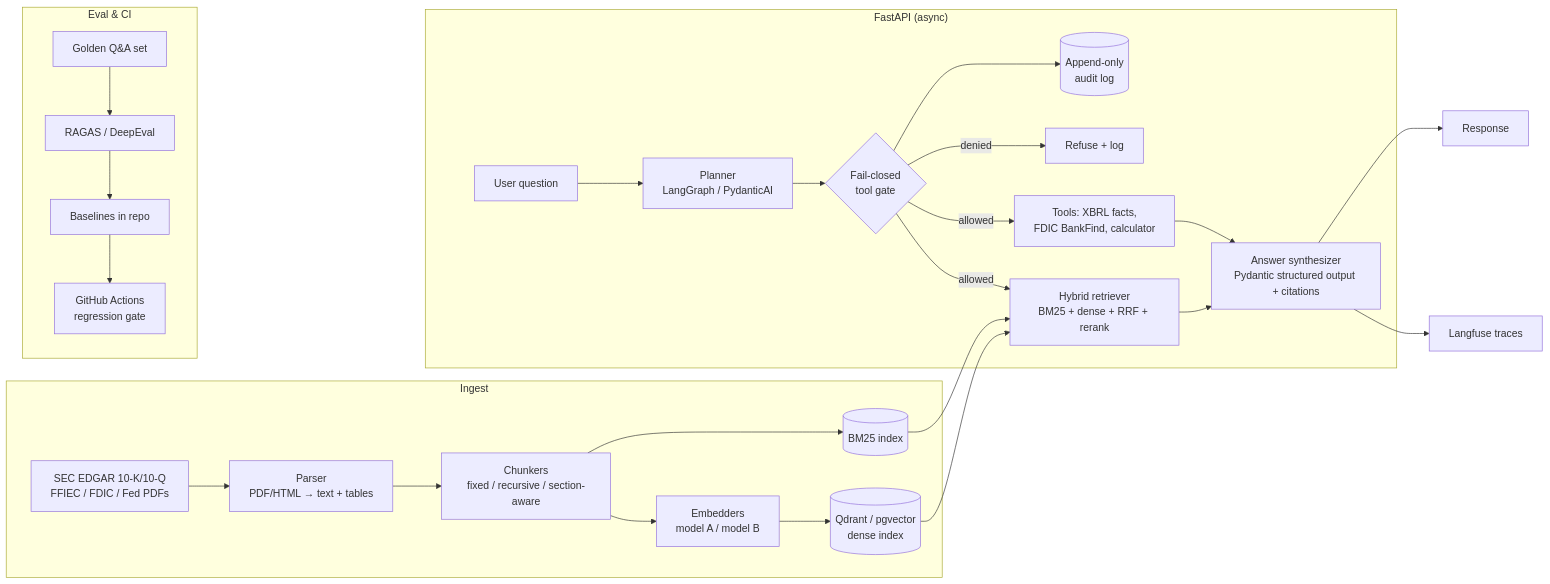
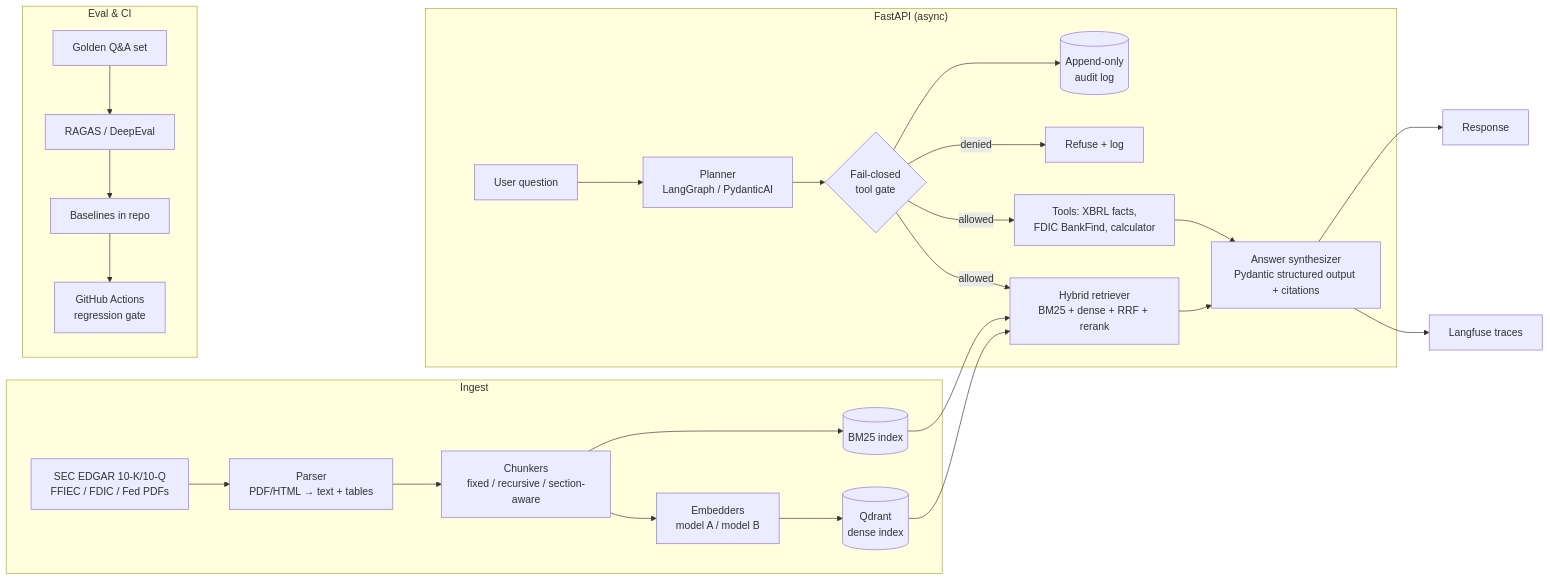
One commit to naveed949/capitalcite changed the diagram in README.md. Above: the diagram before and after it, drawn with Mermaid. The commit also changed other lines of this file and 26 other files, not shown here.

````diff
--- a/README.md
+++ b/README.md
@@ -16,32 +16,32 @@
 ```mermaid
 flowchart LR
     subgraph Ingest
         A[SEC EDGAR 10-K/10-Q<br/>FFIEC / FDIC / Fed PDFs] --> B[Parser<br/>PDF/HTML → text + tables]
         B --> C[Chunkers<br/>fixed / recursive / section-aware]
         C --> D[Embedders<br/>model A / model B]
-        D --> E[(Qdrant / pgvector<br/>dense index)]
+        D --> E[(Qdrant<br/>dense index)]
         C --> F[(BM25 index)]
     end
 
     subgraph Serve["FastAPI (async)"]
         Q[User question] --> P[Planner<br/>LangGraph / PydanticAI]
         P --> G{Fail-closed<br/>tool gate}
         G -->|allowed| R[Hybrid retriever<br/>BM25 + dense + RRF + rerank]
         G -->|allowed| T[Tools: XBRL facts,<br/>FDIC BankFind, calculator]
         G -->|denied| X[Refuse + log]
         R --> S[Answer synthesizer<br/>Pydantic structured output + citations]
         T --> S
         G --> L[(Append-only<br/>audit log)]
     end
 
     E --> R
     F --> R
     S --> O[Langfuse traces]
     S --> U[Response]
 
     subgraph Eval["Eval & CI"]
         GS[Golden Q&A set] --> EV[RAGAS / DeepEval]
         EV --> BL[Baselines in repo]
         BL --> CI[GitHub Actions<br/>regression gate]
     end
 ```
````
